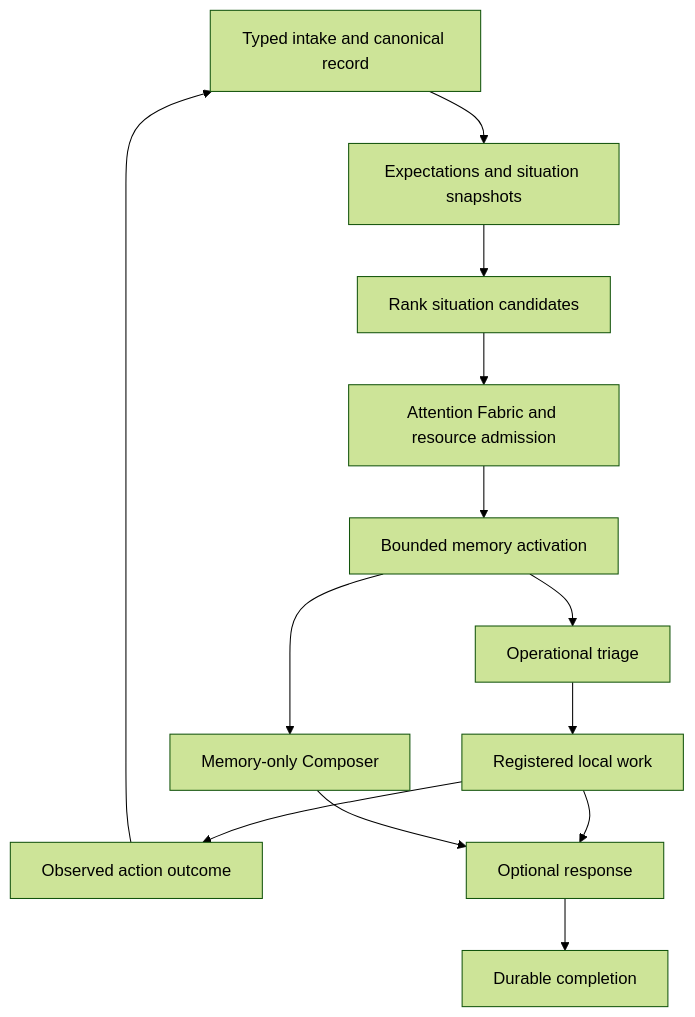
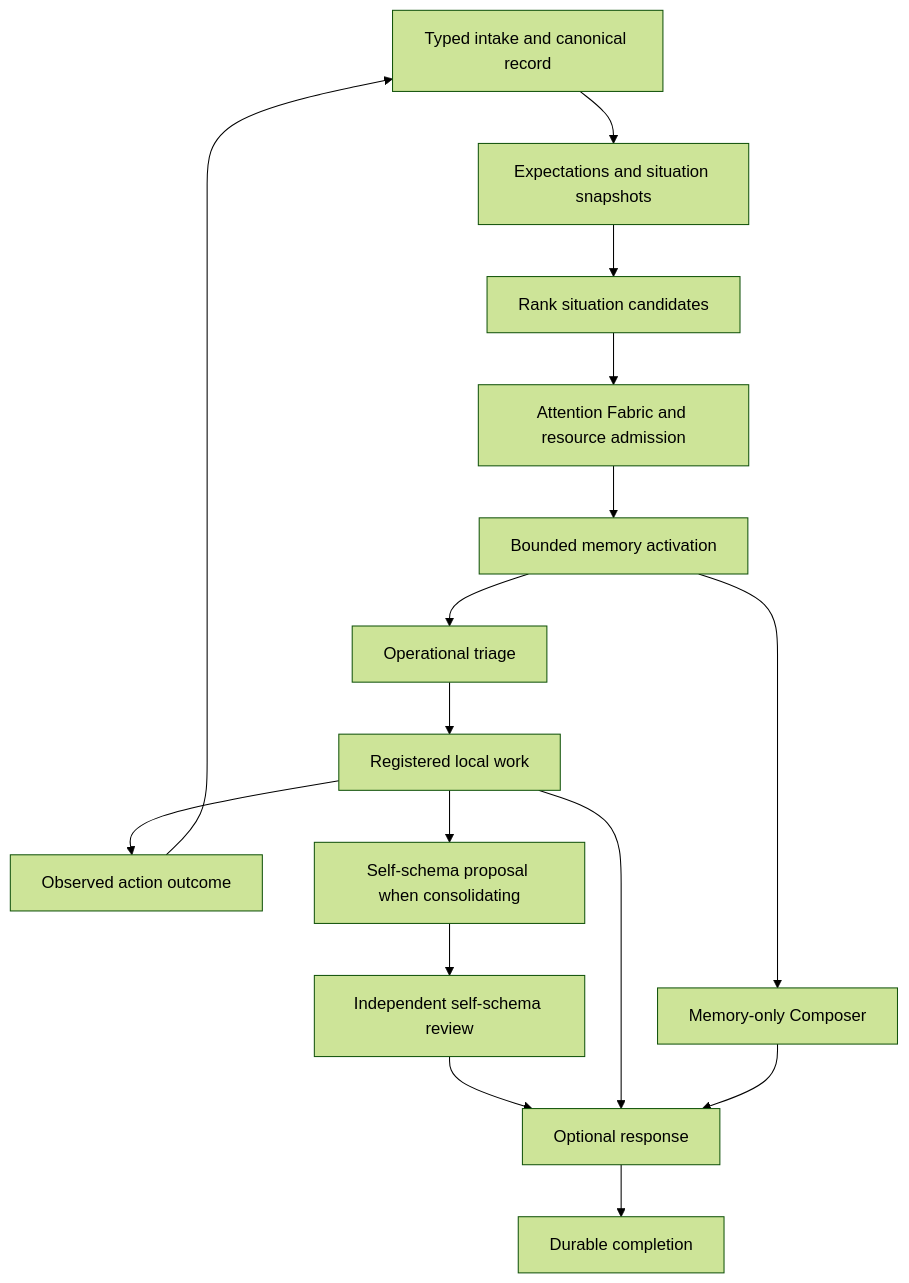
One commit to wtvr-guy/prometheist changed the diagram in docs/architecture/SITUATION_COGNITION.md. Above: the diagram before and after it, drawn with Mermaid (forest theme). The commit also changed other lines of this file, not shown here.

Commit message:
docs: describe self reflection in situation pipeline

````diff
--- a/docs/architecture/SITUATION_COGNITION.md
+++ b/docs/architecture/SITUATION_COGNITION.md
@@ -9,15 +9,18 @@
 ```mermaid
 flowchart TD
     A[Typed intake and canonical record] --> B[Expectations and situation snapshots]
     B --> C[Rank situation candidates]
     C --> D[Attention Fabric and resource admission]
     D --> E[Bounded memory activation]
     E --> F[Operational triage]
     F --> G[Registered local work]
     G --> H[Observed action outcome]
     H --> A
-    G --> I[Optional response]
+    G --> SR1[Self-schema proposal when consolidating]
+    SR1 --> SR2[Independent self-schema review]
+    SR2 --> I[Optional response]
+    G --> I
     E --> J[Memory-only Composer]
     J --> I
     I --> K[Durable completion]
 ```
````
